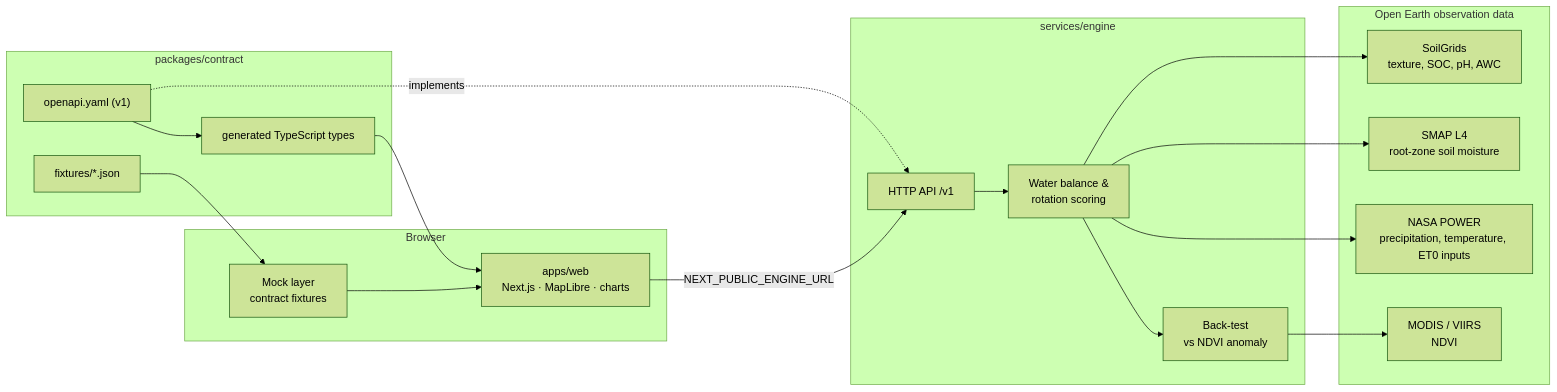
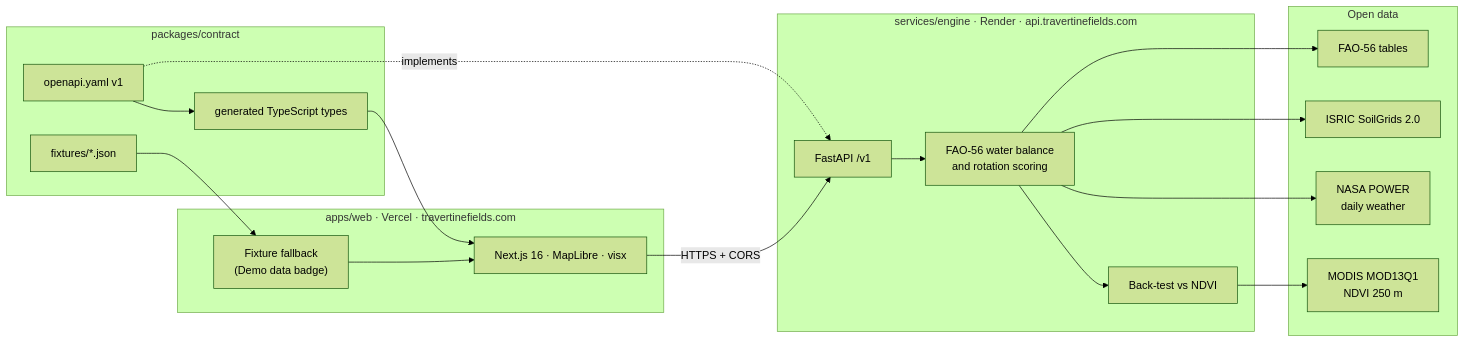
Before and after one commit to musbabaff/travertine: the diagram in README.md, drawn with Mermaid (forest theme). The commit also changed other lines of this file and 21 other files, not shown here.

````diff
--- a/README.md
+++ b/README.md
@@ -28,34 +78,34 @@
 ```mermaid
 flowchart LR
-  subgraph Browser
-    UI["apps/web<br/>Next.js · MapLibre · charts"]
-    Mock["Mock layer<br/>contract fixtures"]
+  subgraph Web["apps/web · Vercel · travertinefields.com"]
+    UI["Next.js 16 · MapLibre · visx"]
+    Mock["Fixture fallback<br/>(Demo data badge)"]
   end
 
   subgraph Contract["packages/contract"]
-    OAS["openapi.yaml (v1)"]
+    OAS["openapi.yaml v1"]
     FX["fixtures/*.json"]
     Types["generated TypeScript types"]
   end
 
-  subgraph Engine["services/engine"]
-    API["HTTP API /v1"]
-    Model["Water balance &amp;<br/>rotation scoring"]
-    BT["Back-test<br/>vs NDVI anomaly"]
+  subgraph Engine["services/engine · Render · api.travertinefields.com"]
+    API["FastAPI /v1"]
+    WB["FAO-56 water balance<br/>and rotation scoring"]
+    BT["Back-test vs NDVI"]
   end
 
-  subgraph Data["Open Earth observation data"]
-    POWER["NASA POWER<br/>precipitation, temperature, ET0 inputs"]
-    SMAP["SMAP L4<br/>root-zone soil moisture"]
-    MODIS["MODIS / VIIRS<br/>NDVI"]
-    Soil["SoilGrids<br/>texture, SOC, pH, AWC"]
+  subgraph Data["Open data"]
+    POWER["NASA POWER<br/>daily weather"]
+    Soil["ISRIC SoilGrids 2.0"]
+    MODIS["MODIS MOD13Q1<br/>NDVI 250 m"]
+    FAO["FAO-56 tables"]
   end
 
   OAS --> Types --> UI
   FX --> Mock --> UI
-  UI -- "NEXT_PUBLIC_ENGINE_URL" --> API
-  OAS -. "implements" .-> API
-  API --> Model --> BT
-  Model --> POWER & SMAP & Soil
+  UI -- HTTPS + CORS --> API
+  OAS -. implements .-> API
+  API --> WB --> BT
+  WB --> POWER & Soil & FAO
   BT --> MODIS
 ```
````
